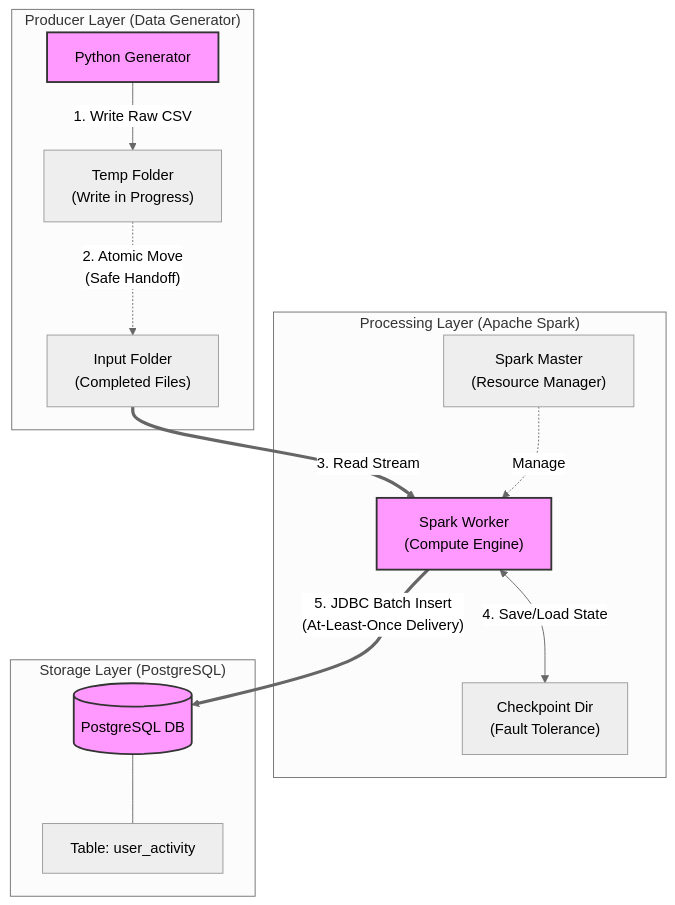
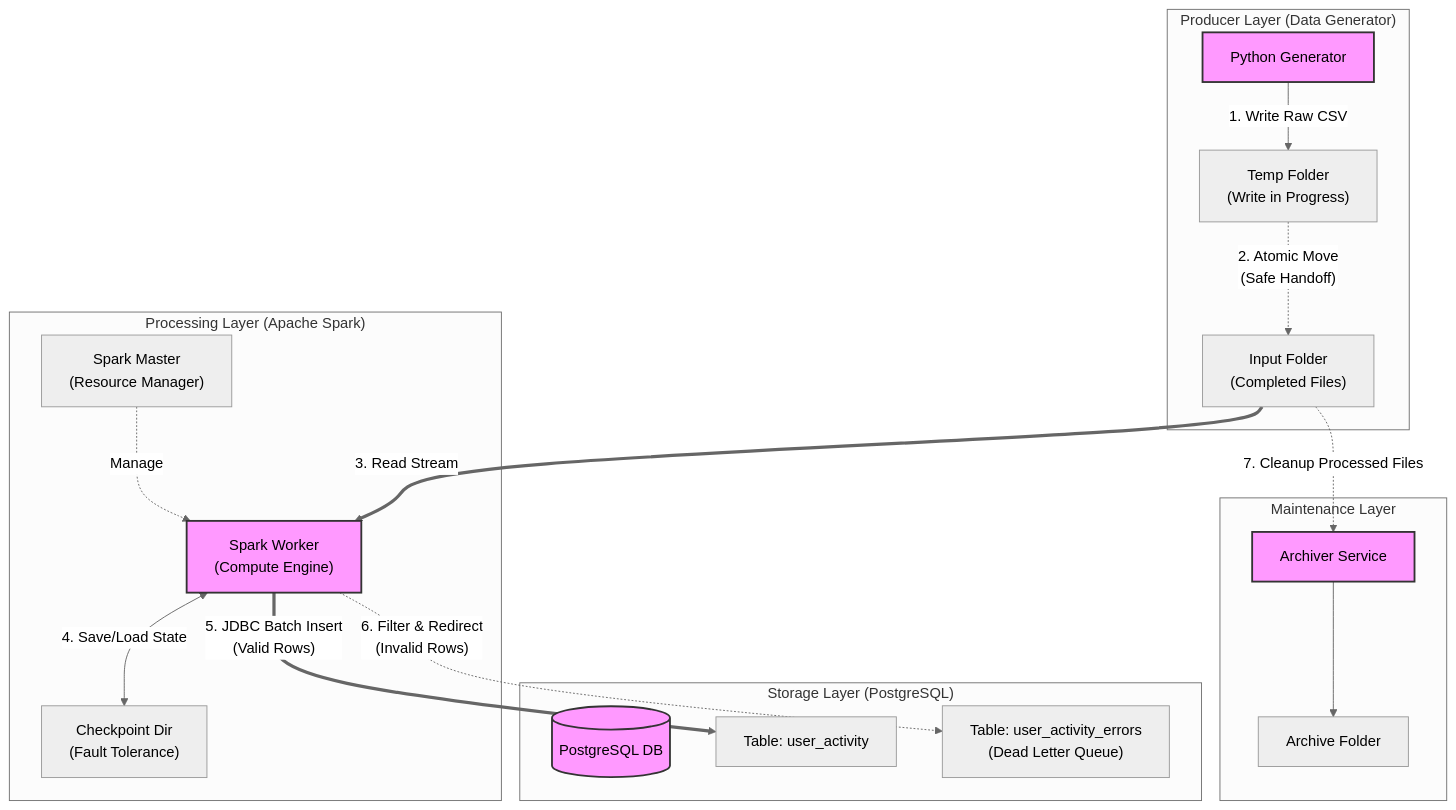
Before and after one commit to jill-break/DEM05-Big-Data-Real-Time-Data-Ingestion-: the diagram in README.md, drawn with Mermaid (neutral theme). The commit also changed other lines of this file and 15 other files, not shown here.

````diff
--- a/README.md
+++ b/README.md
@@ -15,33 +15,42 @@
 ```mermaid
 graph TD
     subgraph "Producer Layer (Data Generator)"
         GEN["Python Generator"]
         TEMP[" Temp Folder<br/>(Write in Progress)"]
         INPUT[" Input Folder<br/>(Completed Files)"]
         
         GEN -->|"1. Write Raw CSV"| TEMP
         TEMP -.->|"2. Atomic Move<br/>(Safe Handoff)"| INPUT
     end
 
     subgraph "Processing Layer (Apache Spark)"
         MASTER["Spark Master<br/>(Resource Manager)"]
         WORKER["Spark Worker<br/>(Compute Engine)"]
         CHECKPOINT[" Checkpoint Dir<br/>(Fault Tolerance)"]
         
         INPUT ==>|"3. Read Stream"| WORKER
         WORKER <-->|"4. Save/Load State"| CHECKPOINT
         MASTER -.->|"Manage"| WORKER
     end
 
     subgraph "Storage Layer (PostgreSQL)"
         DB[("PostgreSQL DB")]
         TABLE["Table: user_activity"]
+        DLQ["Table: user_activity_errors<br/>(Dead Letter Queue)"]
         
-        WORKER ==>|"5. JDBC Batch Insert<br/>(At-Least-Once Delivery)"| DB
-        DB --- TABLE
+        WORKER ==>|"5. JDBC Batch Insert<br/>(Valid Rows)"| TABLE
+        WORKER -.->|"6. Filter & Redirect<br/>(Invalid Rows)"| DLQ
+    end
+
+    subgraph "Maintenance Layer"
+        ARCHIVER["Archiver Service"]
+        ARCHIVE_DIR["Archive Folder"]
+        
+        INPUT -.->|"7. Cleanup Processed Files"| ARCHIVER
+        ARCHIVER --> ARCHIVE_DIR
     end
 
     classDef distinct fill:#f9f,stroke:#333,stroke-width:2px;
-    class GEN,WORKER,DB distinct;
+    class GEN,WORKER,DB,ARCHIVER distinct;
 
 ```
````
